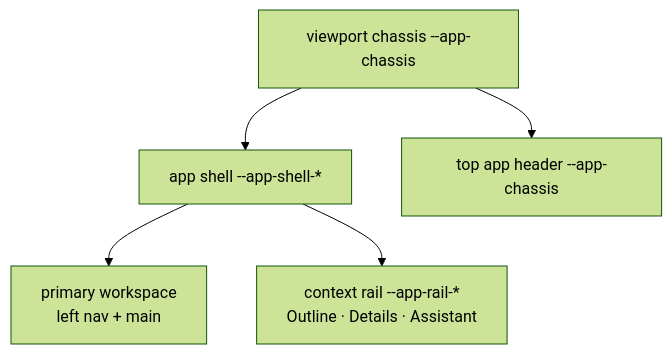
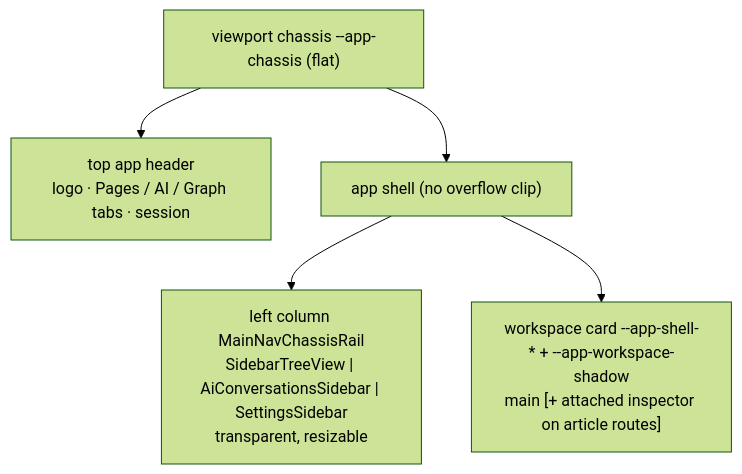
Before and after one commit to Compendiq/compendiq-ce: the second of 9 diagrams in docs/architecture/04-frontend-structure.md, drawn with Mermaid (forest theme). The commit also changed other lines of this file and 22 other files, not shown here.

First line of the commit message:
feat(frontend): header destinations, tree on the chassis, lifted workspace card

````diff
--- a/docs/architecture/04-frontend-structure.md
+++ b/docs/architecture/04-frontend-structure.md
@@ -75,13 +78,13 @@
 ```mermaid
 flowchart TB
-    chassis["viewport chassis --app-chassis"]
-    shell["app shell --app-shell-*"]
-    header["top app header --app-chassis"]
-    workspace["primary workspace<br/>left nav + main"]
-    rail["context rail --app-rail-*<br/>Outline · Details · Assistant"]
+    chassis["viewport chassis --app-chassis (flat)"]
+    header["top app header<br/>logo · Pages / AI / Graph tabs · session"]
+    shell["app shell (no overflow clip)"]
+    left["left column MainNavChassisRail<br/>SidebarTreeView | AiConversationsSidebar | SettingsSidebar<br/>transparent, resizable"]
+    card["workspace card --app-shell-* + --app-workspace-shadow<br/>main [+ attached inspector on article routes]"]
 
     chassis --> header
     chassis --> shell
-    shell --> workspace
-    shell --> rail
+    shell --> left
+    shell --> card
 ```
````
